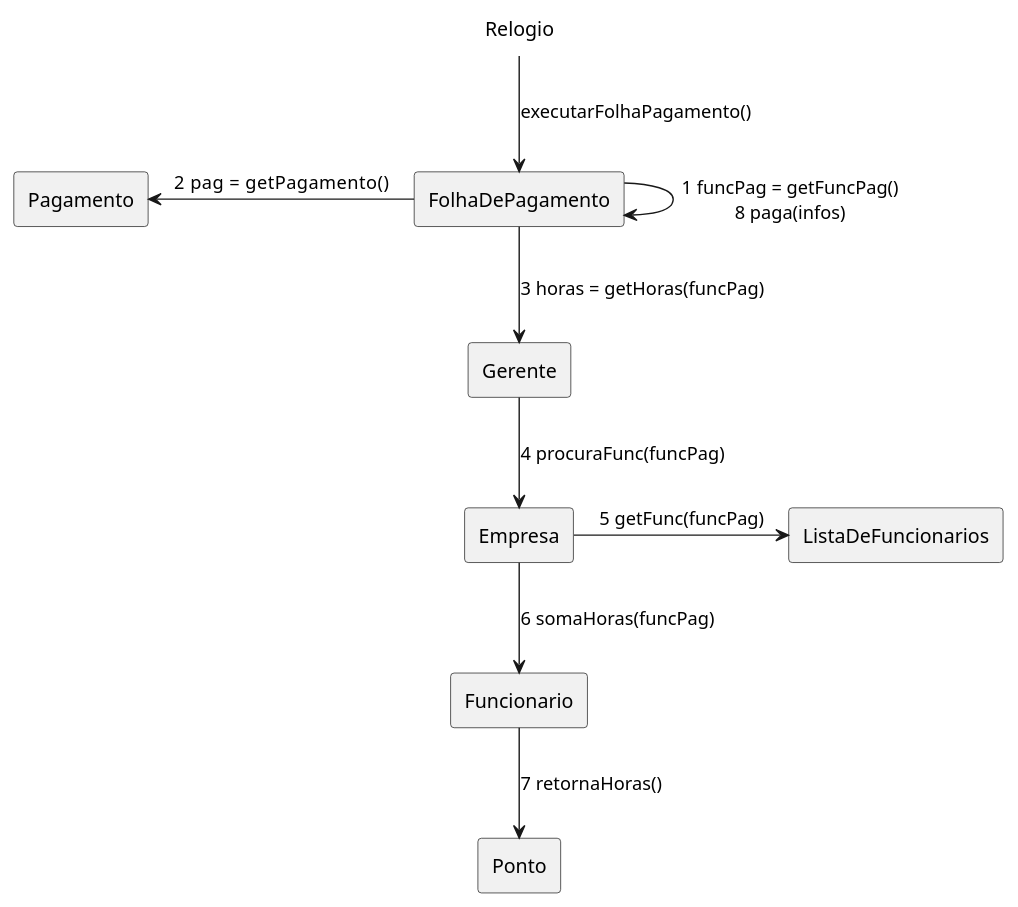
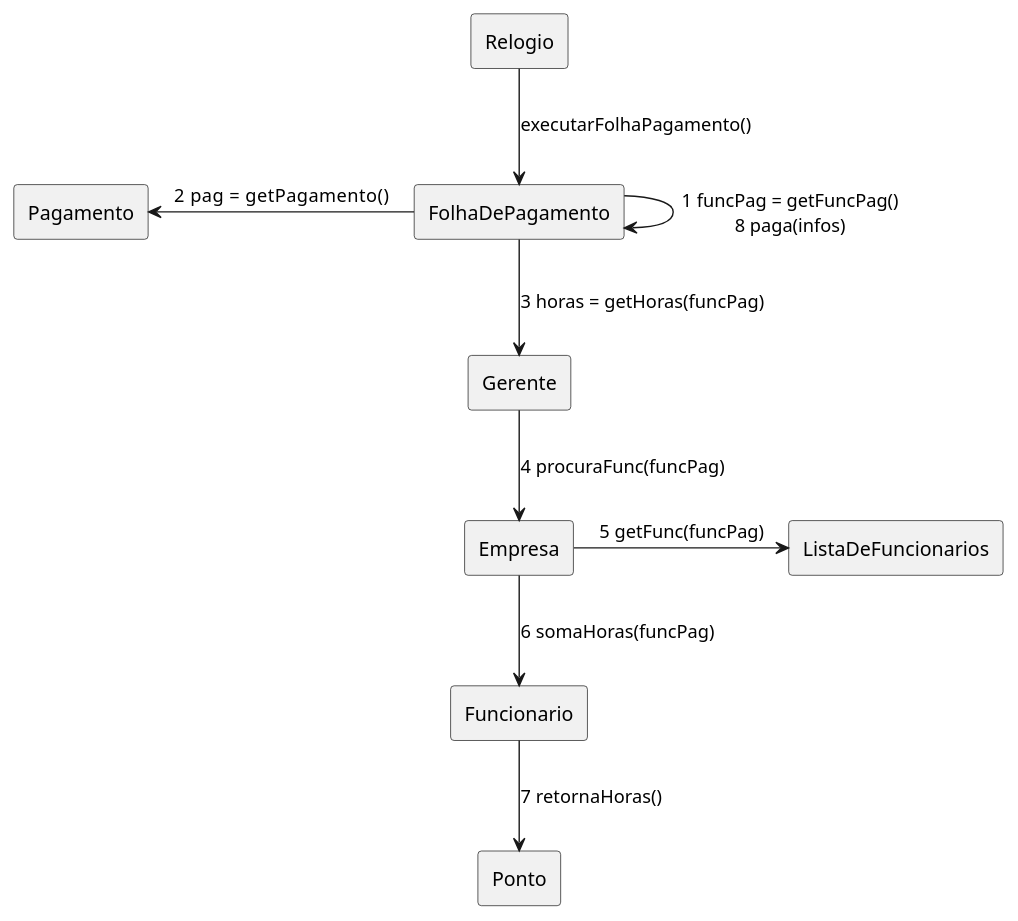
One commit to tikaradate/CI1163-Design_de_Software changed the diagram in casos_de_uso/caso-8/8-DCom.plantuml. Above: the diagram before and after it, drawn with PlantUML. The commit also changed 1 other file, not shown here.

```diff
--- a/casos_de_uso/caso-8/8-DCom.plantuml
+++ b/casos_de_uso/caso-8/8-DCom.plantuml
@@ -1,22 +1,22 @@
 @startuml
 rectangle "Gerente" as gerente
 rectangle "FolhaDePagamento" as folha
 rectangle "Pagamento" as pagamento
 rectangle "Funcionario" as funcionario
 rectangle "Empresa" as empresa
 rectangle "ListaDeFuncionarios" as lista
 'rectangle "Venda" as venda
 rectangle "Ponto" as ponto
 'rectangle "BaseDeDadosProjetos" as base
 'rectangle "Projeto" as projeto
-label "Relogio" as ini
+rectangle "Relogio" as ini
 
 ini     -down-> folha       : executarFolhaPagamento()
 folha   -> folha            : 1 funcPag = getFuncPag()\n8 paga(infos)
 folha   -left-> pagamento   : 2 pag   = getPagamento()
 folha   -down-> gerente          : 3 horas = getHoras(funcPag)
 gerente -down-> empresa          : 4 procuraFunc(funcPag)
 empresa -right-> lista            : 5 getFunc(funcPag)
 empresa -down-> funcionario      : 6 somaHoras(funcPag)
 funcionario -down-> ponto        : 7 retornaHoras()
 @enduml
```
